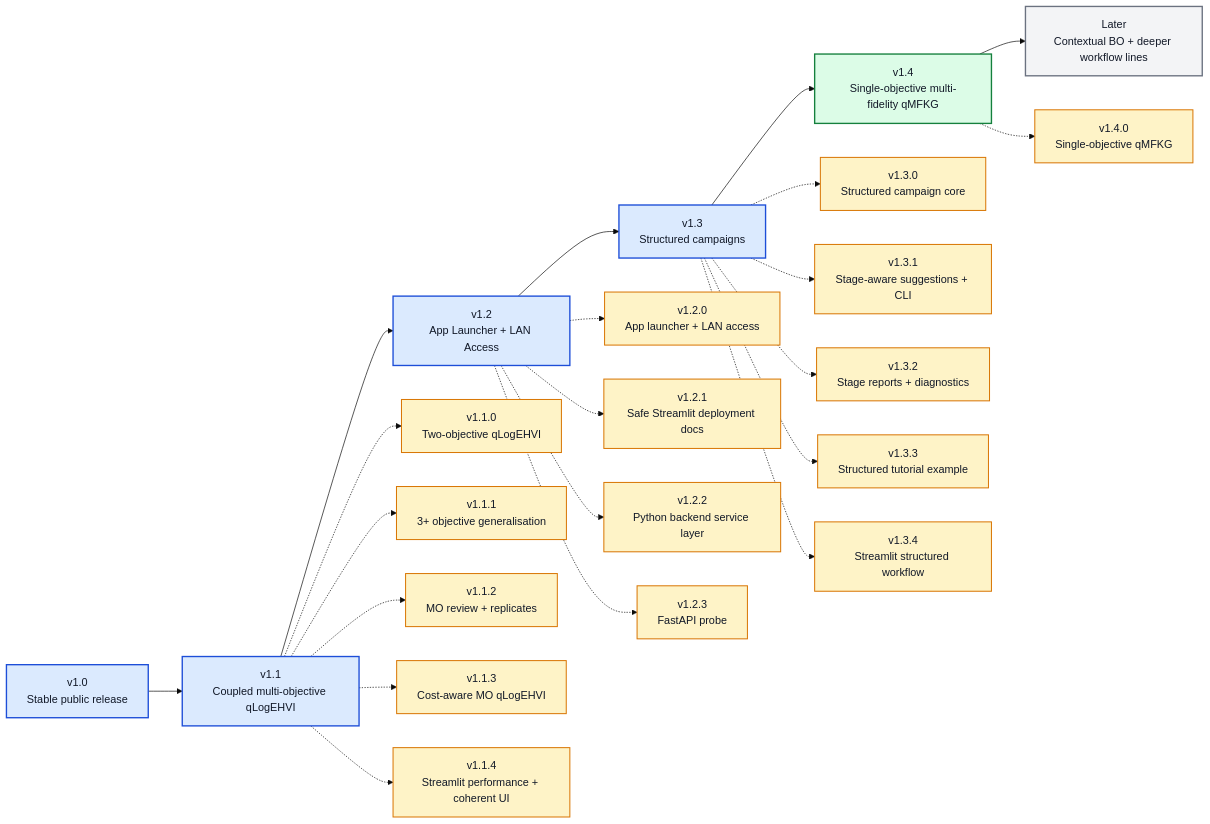
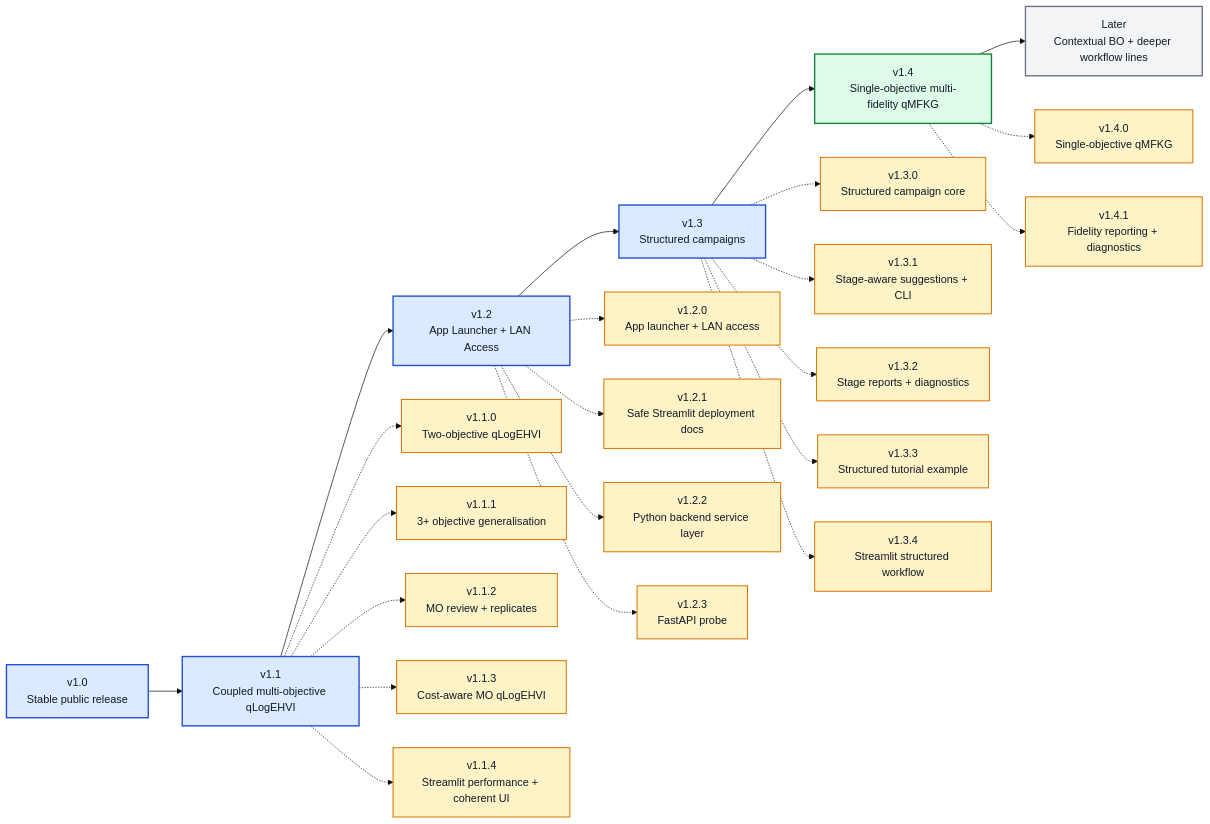
The diagram in ROADMAP_V1_X.md (angzeli/bo-forge), drawn with Mermaid (base theme) before and after one commit. The commit also changed other lines of this file and 28 other files, not shown here.

Commit message:
v1.4.1 update: Add support for multi-fidelity reporting and diagnostics

````diff
--- a/ROADMAP_V1_X.md
+++ b/ROADMAP_V1_X.md
@@ -7,46 +7,48 @@
 ```mermaid
 flowchart LR
     v10["v1.0<br/>Stable public release"] --> v11["v1.1<br/>Coupled multi-objective qLogEHVI"] --> v12["v1.2<br/>App Launcher + LAN Access"] --> v13["v1.3<br/>Structured campaigns"] --> v14["v1.4<br/>Single-objective multi-fidelity qMFKG"] --> later["Later<br/>Contextual BO + deeper workflow lines"]
 
     v110["v1.1.0<br/>Two-objective qLogEHVI"]
     v111["v1.1.1<br/>3+ objective generalisation"]
     v112["v1.1.2<br/>MO review + replicates"]
     v113["v1.1.3<br/>Cost-aware MO qLogEHVI"]
     v114["v1.1.4<br/>Streamlit performance + coherent UI"]
     v120["v1.2.0<br/>App launcher + LAN access"]
     v121["v1.2.1<br/>Safe Streamlit deployment docs"]
     v122["v1.2.2<br/>Python backend service layer"]
     v123["v1.2.3<br/>FastAPI probe"]
     v130["v1.3.0<br/>Structured campaign core"]
     v131["v1.3.1<br/>Stage-aware suggestions + CLI"]
     v132["v1.3.2<br/>Stage reports + diagnostics"]
     v133["v1.3.3<br/>Structured tutorial example"]
     v134["v1.3.4<br/>Streamlit structured workflow"]
     v140["v1.4.0<br/>Single-objective qMFKG"]
+    v141["v1.4.1<br/>Fidelity reporting + diagnostics"]
     
     v11 -.-> v110
     v11 -.-> v111
     v11 -.-> v112
     v11 -.-> v113
     v11 -.-> v114
     v12 -.-> v120
     v12 -.-> v121
     v12 -.-> v122
     v12 -.-> v123
     v13 -.-> v130
     v13 -.-> v131
     v13 -.-> v132
     v13 -.-> v133
     v13 -.-> v134
     v14 -.-> v140
+    v14 -.-> v141
 
     class v10,v11,v12,v13 majorDone
     class v14 majorActive
     class later majorFuture
-    class v110,v111,v112,v113,v114,v120,v121,v122,v123,v130,v131,v132,v133,v134,v140 patchDone
+    class v110,v111,v112,v113,v114,v120,v121,v122,v123,v130,v131,v132,v133,v134,v140,v141 patchDone
 
     classDef majorDone fill:#dbeafe,stroke:#1d4ed8,stroke-width:2px,color:#111827;
     classDef majorActive fill:#dcfce7,stroke:#15803d,stroke-width:2px,color:#111827;
     classDef majorFuture fill:#f3f4f6,stroke:#6b7280,stroke-width:2px,color:#111827;
     classDef patchDone fill:#fef3c7,stroke:#d97706,stroke-width:1.5px,color:#111827;
 ```
````
